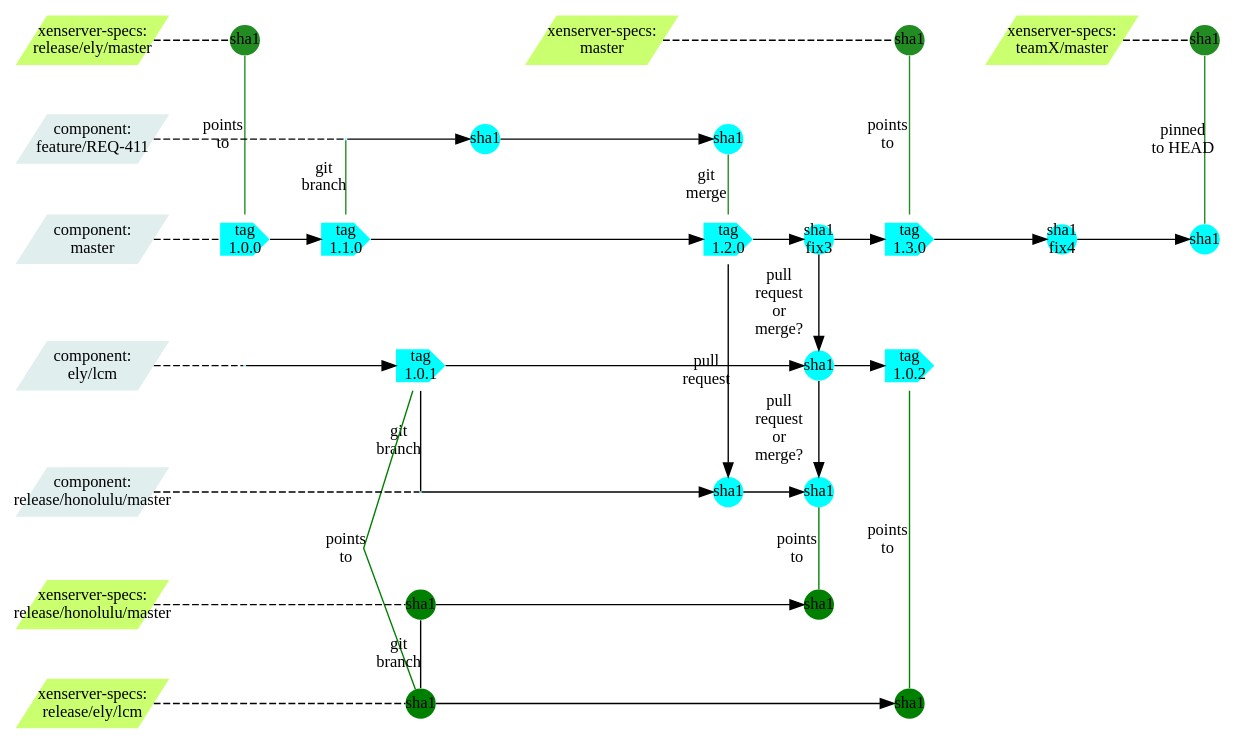
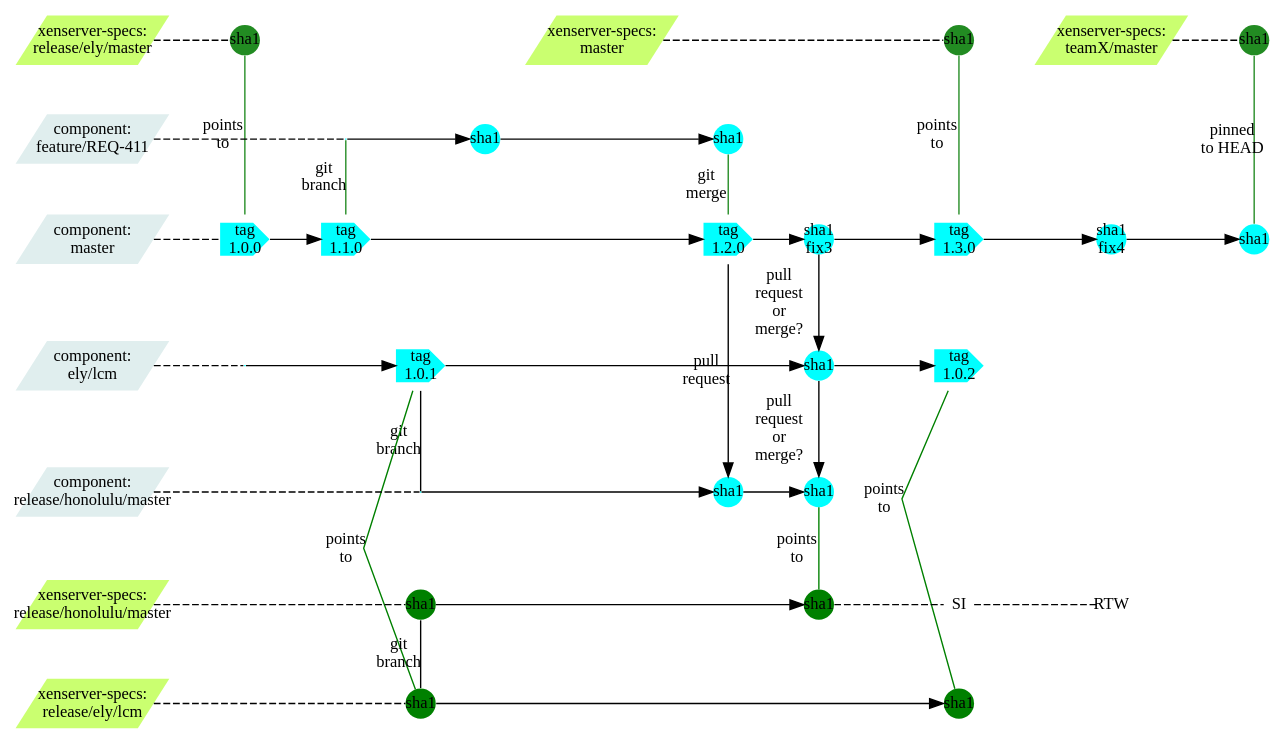
The diagram in XformerCUBranching.dot (philippegabriel/XFormerBranchGraph), drawn with Graphviz before and after one commit.

Commit message:
Added SI and RTW milestones to CU process

```diff
--- a/XformerCUBranching.dot
+++ b/XformerCUBranching.dot
@@ -1,107 +1,111 @@
 strict digraph g{
 rankdir="LR";
 //nodesep=0.5;
 //ranksep=0.25;
 splines=line;
 forcelabels=false;
 
 // general
 node [style=filled, color="black", fontcolor="black", font="Consolas", fontsize="12pt",fixedsize=false,penwidth=0];
 edge [style=filled, color="black", fontcolor="black", font="Consolas", fontsize="12pt"];
 
 // tags
 //node [shape=circle,width=0, height=0, margin="0.05"];
 node [width=0.3, height=0.3, fixedsize=true, shape=circle,penwidth=0]
 node [fillcolor=forestgreen];
 xsm1 [label="sha1"];
 xstx [label="sha1"];
 xsre [label="sha1"];
 node [fillcolor="cyan"];
 cma1 [shape=cds,width=0.5, height=0.5,label="tag\n1.0.0"];
 //node [width=0.3, height=0.3, fixedsize=true, shape=circle,penwidth=0]
 //cma2 [label="sha1\nfix1"];
 //cma3 [label="sha1\nfix2"];
 cma4 [shape=cds,width=0.5, height=0.5,label="tag\n1.1.0"];
 cma5 [shape=cds,width=0.5, height=0.5,label="tag\n1.2.0"];
 cma6 [label="sha1\nfix3"];
 cma7 [shape=cds,width=0.5, height=0.5,label="tag\n1.3.0"];
 cma8 [label="sha1\nfix4"];
 cma9 [label="sha1"];
 clcm1 [width=0, height=0,shape=none,label=""];
 //clcm1a [label="sha1"];
 //clcm1b [label="sha1"];
 clcm2 [shape=cds,width=0.5, height=0.5,label="tag\n1.0.1"];
 clcm2a [label="sha1"];
 clcm3 [shape=cds,width=0.5, height=0.5,label="tag\n1.0.2"];
 cf1 [width=0, height=0,shape=none,label=""];
 cf2 [label="sha1"];
 cf3 [label="sha1"];
 ch1 [width=0, height=0,shape=none,label=""];
 ch2 [label="sha1"];
 ch3 [label="sha1"];
 node [fillcolor="green"];
 node [shape=circle];
 xsh0 [label="sha1"];
 xsh1 [label="sha1"];
+xsh2 [shape=plaintext,fillcolor=none,label="SI"];
+xsh3 [shape=plaintext,fillcolor=none,label="RTW"];
 xlcm0 [label="sha1"];
 xlcm1 [label="sha1"];
 // branch names
 node [width=1.5, height=0.5,shape=parallelogram,penwidth=0]
 //node [color="#b0b0b0", style=dashed, arrowhead=none,fixedsize=false, penwidth=0, fillcolor=none, shape=none, width=0, height=0, margin="0.05"];
 XenserverSpecsTeamX[label="xenserver-specs:\nteamX/master",fillcolor="darkolivegreen1"];
 XenserverSpecsRelEly[label="xenserver-specs:\nrelease/ely/master",fillcolor="darkolivegreen1"];
 XenserverSpecsMaster[label="xenserver-specs:\nmaster",fillcolor="darkolivegreen1"];
 ComponentFeat[label="component:\nfeature/REQ-411",fillcolor="azure2"];
 ComponentMaster[label="component:\nmaster",fillcolor="azure2"];
 ComponentLCM[label="component:\nely/lcm",fillcolor="azure2"];
 ComponentHonolulu[label="component:\nrelease/honolulu/master",fillcolor="azure2"];
 XSSpecsHonolulu[label="xenserver-specs:\nrelease/honolulu/master",fillcolor="darkolivegreen1"];
 XSSpecsLCM[label="xenserver-specs:\nrelease/ely/lcm",fillcolor="darkolivegreen1"];
 
 //graph
 subgraph{
 node [color="#b0b0b0", style=dashed, arrowhead=none];
 edge [style="invis"];
 rank=same;
 XenserverSpecsRelEly -> ComponentFeat -> ComponentMaster -> ComponentLCM -> ComponentHonolulu -> XSSpecsHonolulu  -> XSSpecsLCM;
 }
 //edge [color="#b0b0b0", style=dashed, arrowhead=none ];
 edge [style=dashed, arrowhead=none ,weight=100];
 XenserverSpecsRelEly -> xsre;
 xsre -> XenserverSpecsMaster [style="invis"];
 XenserverSpecsMaster -> xsm1;
 xsm1 -> XenserverSpecsTeamX [style="invis"];
 XenserverSpecsTeamX -> xstx;
 ComponentFeat -> cf1;
 ComponentMaster -> cma1;
 ComponentLCM -> clcm1;
 XSSpecsHonolulu -> xsh0;
 XSSpecsLCM -> xlcm0;
 ComponentHonolulu -> ch1;
 edge [style=filled, arrowhead=normal];
 cf1 -> cf2 -> cf3;
 cma1 -> cma4 -> cma5 -> cma6 -> cma7 -> cma8 -> cma9;
 clcm1 -> clcm2 -> clcm2a -> clcm3;
 ch1 -> ch2 -> ch3;
 xsh0 -> xsh1;
+xsh1 -> xsh2 [style=dashed, arrowhead=none];
+xsh2 -> xsh3 [style=dashed, arrowhead=none];
 xlcm0 -> xlcm1;
 //Xenserver specs - master, release pointers
 edge [style=filled, arrowhead=none , weight=1;label="points\nto",color=forestgreen];
 subgraph{rank=same;xsre -> cma1;}
 subgraph{rank=same;xsm1 -> cma7;}
 subgraph{rank=same;xstx -> cma9 [label="pinned\nto HEAD"];}
 
 //Pull requests
 subgraph{rank=same;cf1 -> cma4 [arrowhead=none,label="git\nbranch"];}
 subgraph{rank=same;cf3 -> cma5 [label="git\nmerge"];}
 edge [style=filled, arrowhead=normal,color=black];
 subgraph{rank=same;
 cma6 -> clcm2a [label="pull\nrequest\nor\nmerge?"];
 clcm2a -> ch3 [label="pull\nrequest\nor\nmerge?"];}
 subgraph{rank=same;clcm2 -> ch1 [arrowhead=none,label="git\nbranch"];}
 subgraph{rank=same;xsh0 -> xlcm0  [arrowhead=none,label="git\nbranch"];}
 subgraph{rank=same;ch3 -> xsh1 [arrowhead=none ,label="points\nto",color=green];}
 subgraph{rank=same;cma5 -> ch2 [label="pull\nrequest"];}
 subgraph{rank=same;clcm2 -> xlcm0 [arrowhead=none ,label="points\nto",color=green];}
 subgraph{rank=same;clcm3 -> xlcm1 [arrowhead=none ,label="points\nto",color=green];}
 }
```
